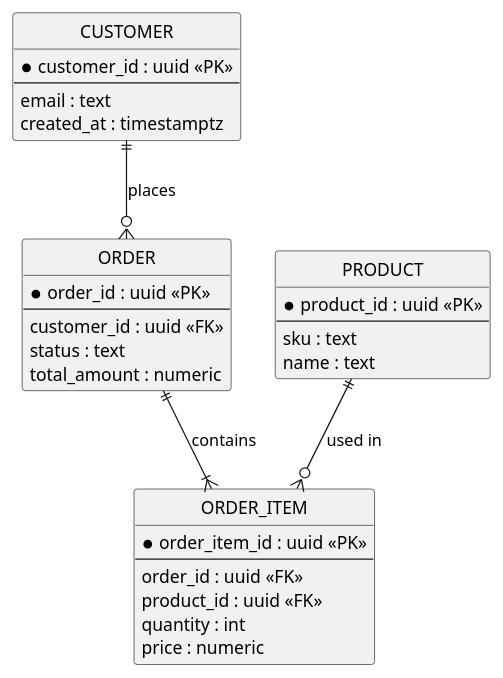
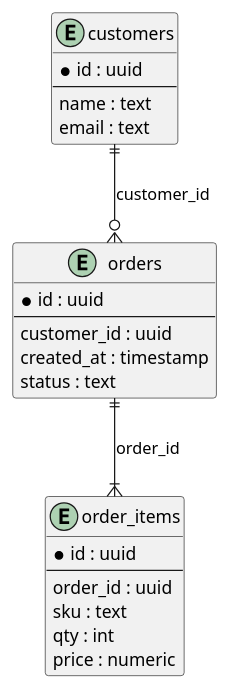
One commit to iwizy/analyst_kb changed the first of 2 diagrams in docs/notations/erd.md. Above: the diagram before and after it, drawn with PlantUML. The commit also changed other lines of this file and 20 other files, not shown here.

````diff
--- a/docs/notations/erd.md
+++ b/docs/notations/erd.md
@@ -30,40 +38,30 @@
 ```kroki-plantuml
 @startuml
-hide circle
-
-entity CUSTOMER {
-  *customer_id : uuid <<PK>>
+entity "customers" as C {
+  *id : uuid
   --
+  name : text
   email : text
-  created_at : timestamptz
 }
 
-entity "ORDER" as ORDER_ENTITY {
-  *order_id : uuid <<PK>>
+entity "orders" as O {
+  *id : uuid
   --
-  customer_id : uuid <<FK>>
+  customer_id : uuid
+  created_at : timestamp
   status : text
-  total_amount : numeric
 }
 
-entity ORDER_ITEM {
-  *order_item_id : uuid <<PK>>
+entity "order_items" as I {
+  *id : uuid
   --
-  order_id : uuid <<FK>>
-  product_id : uuid <<FK>>
-  quantity : int
+  order_id : uuid
+  sku : text
+  qty : int
   price : numeric
 }
 
-entity PRODUCT {
-  *product_id : uuid <<PK>>
-  --
-  sku : text
-  name : text
-}
-
-CUSTOMER ||--o{ ORDER_ENTITY : places
-ORDER_ENTITY ||--|{ ORDER_ITEM : contains
-PRODUCT ||--o{ ORDER_ITEM : used in
+C ||--o{ O : customer_id
+O ||--|{ I : order_id
 @enduml
 ```
````
